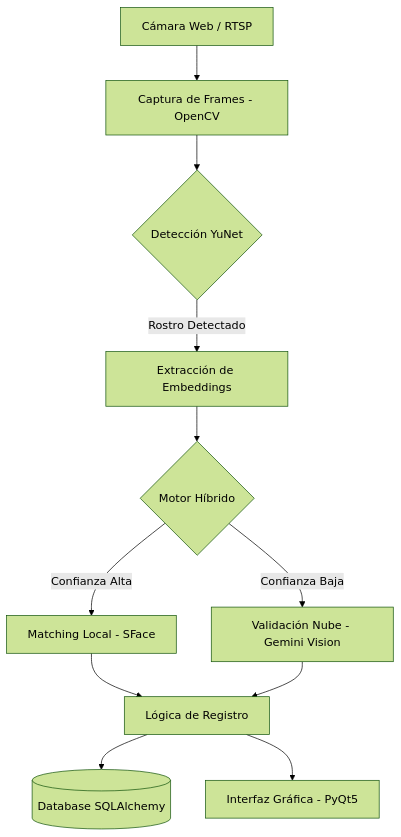
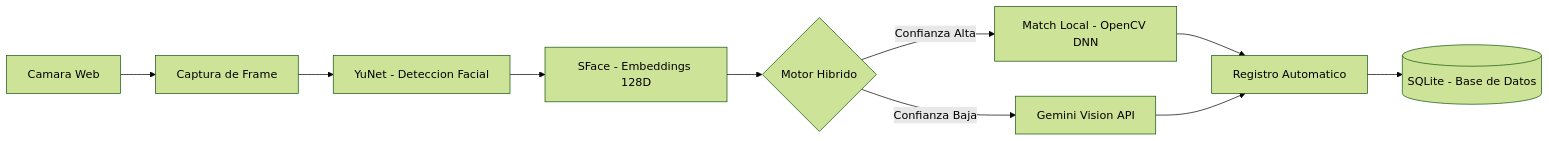
One commit to Safe-LM/app-login-trabajadores-desktop changed the first of 2 diagrams in README.md. Above: the diagram before and after it, drawn with Mermaid (forest theme). The commit also changed other lines of this file, not shown here.

Commit message:
docs: README profesional - corregir diagramas Mermaid para GitHub

````diff
--- a/README.md
+++ b/README.md
@@ -52,13 +38,12 @@
 ```mermaid
-graph TD
-    A[Cámara Web / RTSP] --> B[Captura de Frames - OpenCV]
-    B --> C{Detección YuNet}
-    C -->|Rostro Detectado| D[Extracción de Embeddings]
-    D --> E{Motor Híbrido}
-    E -->|Confianza Alta| F[Matching Local - SFace]
-    E -->|Confianza Baja| G[Validación Nube - Gemini Vision]
-    F --> H[Lógica de Registro]
-    G --> H
-    H --> I[(Database SQLAlchemy)]
-    H --> J[Interfaz Gráfica - PyQt5]
+flowchart LR
+    CAM["Camara Web"] --> FRAME["Captura de Frame"]
+    FRAME --> YUNET["YuNet - Deteccion Facial"]
+    YUNET --> SFACE["SFace - Embeddings 128D"]
+    SFACE --> MATCH{"Motor Hibrido"}
+    MATCH -->|"Confianza Alta"| LOCAL["Match Local - OpenCV DNN"]
+    MATCH -->|"Confianza Baja"| GEMINI["Gemini Vision API"]
+    LOCAL --> REG["Registro Automatico"]
+    GEMINI --> REG
+    REG --> DB[("SQLite - Base de Datos")]
 ```
````
